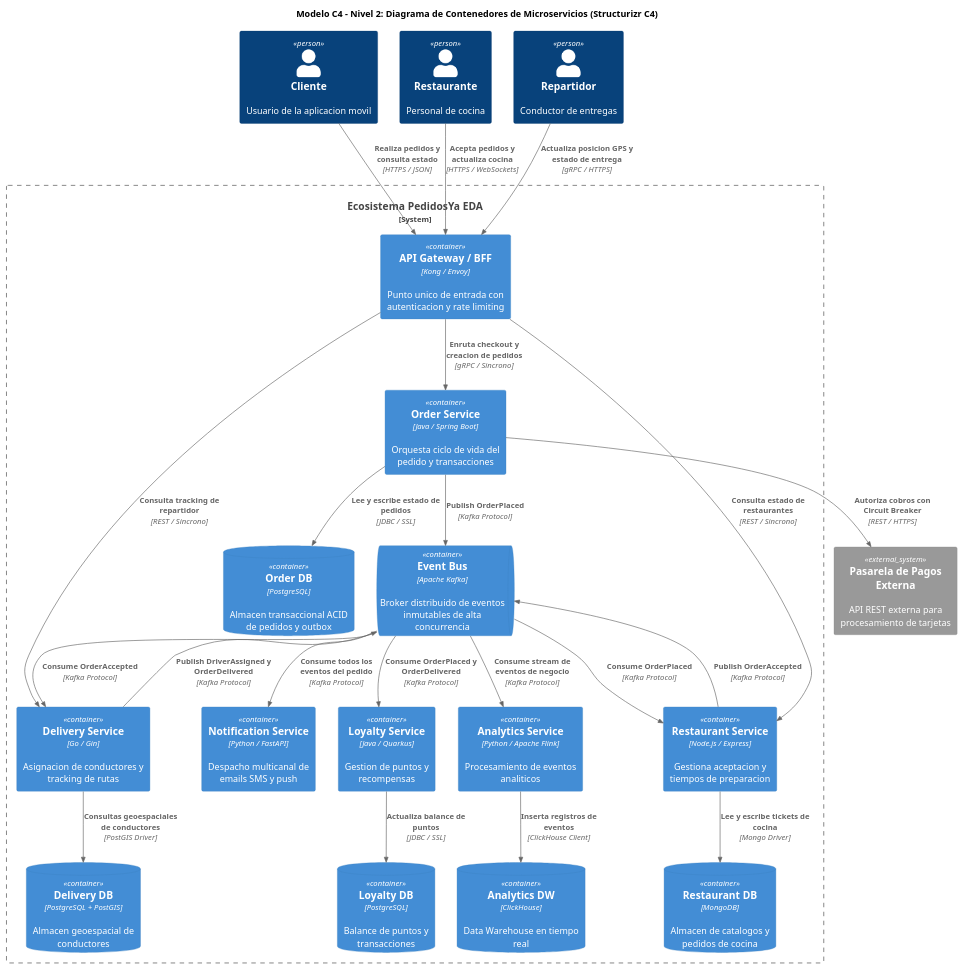
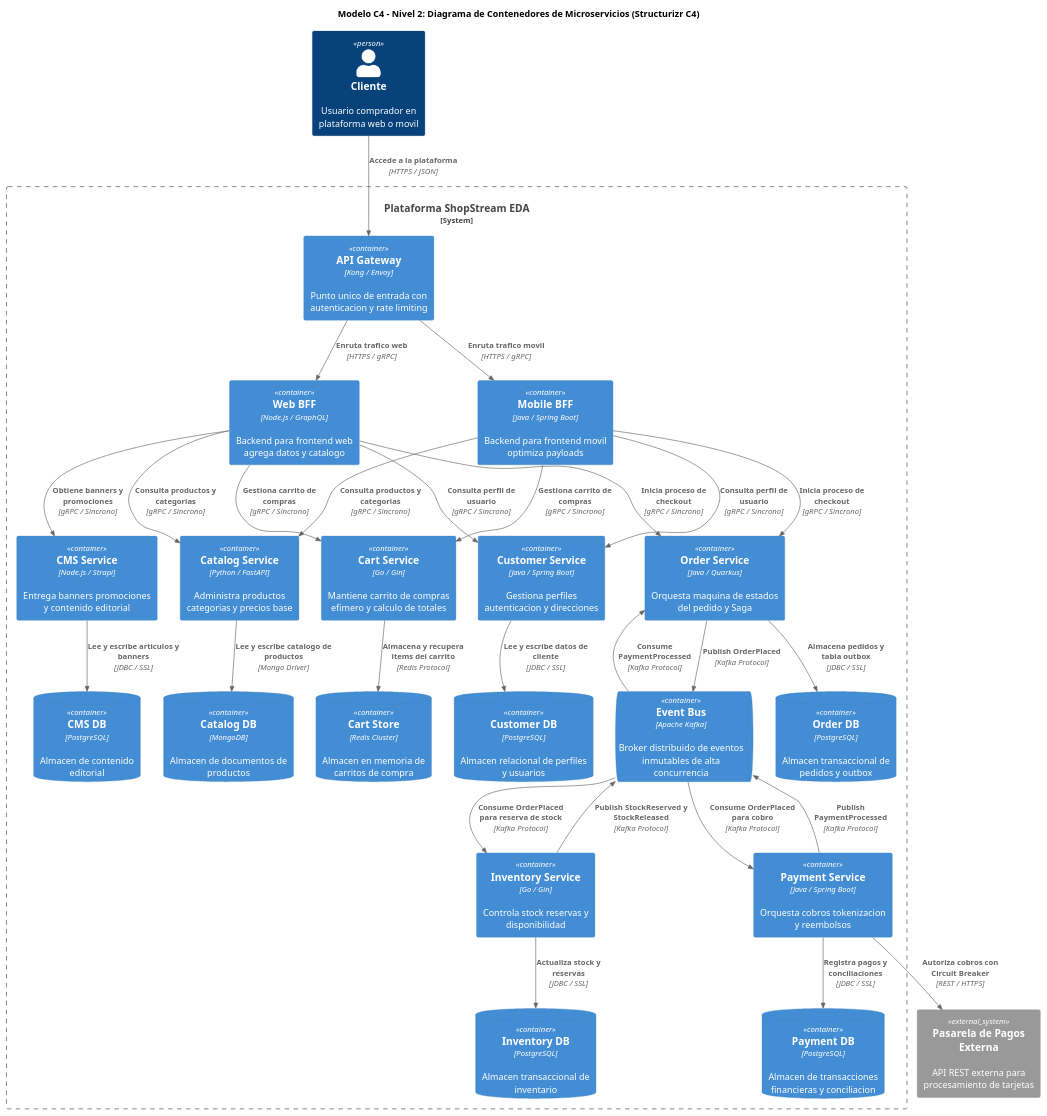
The second of 2 diagrams in shared_context/structurizr_c4_guide.md (Douke017/Software-Architecture-3), drawn with PlantUML before and after one commit. The commit also changed other lines of this file and 37 other files, not shown here.

````diff
--- a/shared_context/structurizr_c4_guide.md
+++ b/shared_context/structurizr_c4_guide.md
@@ -67,67 +78,82 @@
 ```plantuml
 @startuml
 !include <C4/C4_Container>
 
 title Modelo C4 - Nivel 2: Diagrama de Contenedores de Microservicios (Structurizr C4)
 
-Person(client, "Cliente", "Usuario de la aplicacion movil")
-Person(restaurant, "Restaurante", "Personal de cocina")
-Person(driver, "Repartidor", "Conductor de entregas")
+Person(client, "Cliente", "Usuario comprador en plataforma web o movil")
 
-System_Boundary(c1, "Ecosistema PedidosYa EDA") {
-    Container(api_gw, "API Gateway / BFF", "Kong / Envoy", "Punto unico de entrada con autenticacion y rate limiting")
+System_Boundary(c1, "Plataforma ShopStream EDA") {
+    Container(api_gw, "API Gateway", "Kong / Envoy", "Punto unico de entrada con autenticacion y rate limiting")
     
-    Container(order_svc, "Order Service", "Java / Spring Boot", "Orquesta ciclo de vida del pedido y transacciones")
-    ContainerDb(order_db, "Order DB", "PostgreSQL", "Almacen transaccional ACID de pedidos y outbox")
+    Container(web_bff, "Web BFF", "Node.js / GraphQL", "Backend para frontend web agrega datos y catalogo")
+    Container(mobile_bff, "Mobile BFF", "Java / Spring Boot", "Backend para frontend movil optimiza payloads")
     
-    Container(rest_svc, "Restaurant Service", "Node.js / Express", "Gestiona aceptacion y tiempos de preparacion")
-    ContainerDb(rest_db, "Restaurant DB", "MongoDB", "Almacen de catalogos y pedidos de cocina")
+    Container(customer_svc, "Customer Service", "Java / Spring Boot", "Gestiona perfiles autenticacion y direcciones")
+    ContainerDb(customer_db, "Customer DB", "PostgreSQL", "Almacen relacional de perfiles y usuarios")
     
-    Container(deliv_svc, "Delivery Service", "Go / Gin", "Asignacion de conductores y tracking de rutas")
-    ContainerDb(deliv_db, "Delivery DB", "PostgreSQL + PostGIS", "Almacen geoespacial de conductores")
+    Container(catalog_svc, "Catalog Service", "Python / FastAPI", "Administra productos categorias y precios base")
+    ContainerDb(catalog_db, "Catalog DB", "MongoDB", "Almacen de documentos de productos")
     
-    Container(notif_svc, "Notification Service", "Python / FastAPI", "Despacho multicanal de emails SMS y push")
+    Container(inventory_svc, "Inventory Service", "Go / Gin", "Controla stock reservas y disponibilidad")
+    ContainerDb(inventory_db, "Inventory DB", "PostgreSQL", "Almacen transaccional de inventario")
     
-    Container(loyalty_svc, "Loyalty Service", "Java / Quarkus", "Gestion de puntos y recompensas")
-    ContainerDb(loyalty_db, "Loyalty DB", "PostgreSQL", "Balance de puntos y transacciones")
+    Container(cart_svc, "Cart Service", "Go / Gin", "Mantiene carrito de compras efimero y calculo de totales")
+    ContainerDb(cart_store, "Cart Store", "Redis Cluster", "Almacen en memoria de carritos de compra")
     
-    Container(analytics_svc, "Analytics Service", "Python / Apache Flink", "Procesamiento de eventos analiticos")
-    ContainerDb(analytics_dw, "Analytics DW", "ClickHouse", "Data Warehouse en tiempo real")
+    Container(order_svc, "Order Service", "Java / Quarkus", "Orquesta maquina de estados del pedido y Saga")
+    ContainerDb(order_db, "Order DB", "PostgreSQL", "Almacen transaccional de pedidos y outbox")
+    
+    Container(payment_svc, "Payment Service", "Java / Spring Boot", "Orquesta cobros tokenizacion y reembolsos")
+    ContainerDb(payment_db, "Payment DB", "PostgreSQL", "Almacen de transacciones financieras y conciliacion")
+    
+    Container(cms_svc, "CMS Service", "Node.js / Strapi", "Entrega banners promociones y contenido editorial")
+    ContainerDb(cms_db, "CMS DB", "PostgreSQL", "Almacen de contenido editorial")
     
     ContainerQueue(event_bus, "Event Bus", "Apache Kafka", "Broker distribuido de eventos inmutables de alta concurrencia")
 }
 
 System_Ext(payment_gate, "Pasarela de Pagos Externa", "API REST externa para procesamiento de tarjetas")
 
-' Relaciones de Clientes al Gateway
-Rel(client, api_gw, "Realiza pedidos y consulta estado", "HTTPS / JSON")
-Rel(restaurant, api_gw, "Acepta pedidos y actualiza cocina", "HTTPS / WebSockets")
-Rel(driver, api_gw, "Actualiza posicion GPS y estado de entrega", "gRPC / HTTPS")
+' 1. Clientes a API Gateway
+Rel(client, api_gw, "Accede a la plataforma", "HTTPS / JSON")
 
-' Gateway a Microservicios
-Rel(api_gw, order_svc, "Enruta checkout y creacion de pedidos", "gRPC / Sincrono")
-Rel(api_gw, rest_svc, "Consulta estado de restaurantes", "REST / Sincrono")
-Rel(api_gw, deliv_svc, "Consulta tracking de repartidor", "REST / Sincrono")
+' 2. API Gateway a BFFs
+Rel(api_gw, web_bff, "Enruta trafico web", "HTTPS / gRPC")
+Rel(api_gw, mobile_bff, "Enruta trafico movil", "HTTPS / gRPC")
 
-' Microservicios y sus Bases de Datos Exclusivas (Database-per-Service)
-Rel(order_svc, order_db, "Lee y escribe estado de pedidos", "JDBC / SSL")
-Rel(rest_svc, rest_db, "Lee y escribe tickets de cocina", "Mongo Driver")
-Rel(deliv_svc, deliv_db, "Consultas geoespaciales de conductores", "PostGIS Driver")
-Rel(loyalty_svc, loyalty_db, "Actualiza balance de puntos", "JDBC / SSL")
-Rel(analytics_svc, analytics_dw, "Inserta registros de eventos", "ClickHouse Client")
+' 3. Web BFF a Microservicios
+Rel(web_bff, customer_svc, "Consulta perfil de usuario", "gRPC / Sincrono")
+Rel(web_bff, catalog_svc, "Consulta productos y categorias", "gRPC / Sincrono")
+Rel(web_bff, cms_svc, "Obtiene banners y promociones", "gRPC / Sincrono")
+Rel(web_bff, cart_svc, "Gestiona carrito de compras", "gRPC / Sincrono")
+Rel(web_bff, order_svc, "Inicia proceso de checkout", "gRPC / Sincrono")
 
-' Integracion Externa Sincrona Protegida
-Rel(order_svc, payment_gate, "Autoriza cobros con Circuit Breaker", "REST / HTTPS")
+' 4. Mobile BFF a Microservicios
+Rel(mobile_bff, customer_svc, "Consulta perfil de usuario", "gRPC / Sincrono")
+Rel(mobile_bff, catalog_svc, "Consulta productos y categorias", "gRPC / Sincrono")
+Rel(mobile_bff, cart_svc, "Gestiona carrito de compras", "gRPC / Sincrono")
+Rel(mobile_bff, order_svc, "Inicia proceso de checkout", "gRPC / Sincrono")
 
-' Publicacion y Consumo de Eventos Asincronos (EDA)
+' 5. Microservicios a sus Bases de Datos Exclusivas (Database-per-Service)
+Rel(customer_svc, customer_db, "Lee y escribe datos de cliente", "JDBC / SSL")
+Rel(catalog_svc, catalog_db, "Lee y escribe catalogo de productos", "Mongo Driver")
+Rel(inventory_svc, inventory_db, "Actualiza stock y reservas", "JDBC / SSL")
+Rel(cms_svc, cms_db, "Lee y escribe articulos y banners", "JDBC / SSL")
+Rel(cart_svc, cart_store, "Almacena y recupera items del carrito", "Redis Protocol")
+Rel(order_svc, order_db, "Almacena pedidos y tabla outbox", "JDBC / SSL")
+Rel(payment_svc, payment_db, "Registra pagos y conciliaciones", "JDBC / SSL")
+
+' 6. Integracion Externa Sincrona
+Rel(payment_svc, payment_gate, "Autoriza cobros con Circuit Breaker", "REST / HTTPS")
+
+' 7. Publicacion y Consumo de Eventos Asincronos (EDA via Kafka)
 Rel(order_svc, event_bus, "Publish OrderPlaced", "Kafka Protocol")
-Rel(event_bus, rest_svc, "Consume OrderPlaced", "Kafka Protocol")
-Rel(rest_svc, event_bus, "Publish OrderAccepted", "Kafka Protocol")
-Rel(event_bus, deliv_svc, "Consume OrderAccepted", "Kafka Protocol")
-Rel(deliv_svc, event_bus, "Publish DriverAssigned y OrderDelivered", "Kafka Protocol")
-Rel(event_bus, notif_svc, "Consume todos los eventos del pedido", "Kafka Protocol")
-Rel(event_bus, loyalty_svc, "Consume OrderPlaced y OrderDelivered", "Kafka Protocol")
-Rel(event_bus, analytics_svc, "Consume stream de eventos de negocio", "Kafka Protocol")
+Rel(event_bus, payment_svc, "Consume OrderPlaced para cobro", "Kafka Protocol")
+Rel(payment_svc, event_bus, "Publish PaymentProcessed", "Kafka Protocol")
+Rel(event_bus, order_svc, "Consume PaymentProcessed", "Kafka Protocol")
+Rel(event_bus, inventory_svc, "Consume OrderPlaced para reserva de stock", "Kafka Protocol")
+Rel(inventory_svc, event_bus, "Publish StockReserved y StockReleased", "Kafka Protocol")
 
 @enduml
 ```
````
